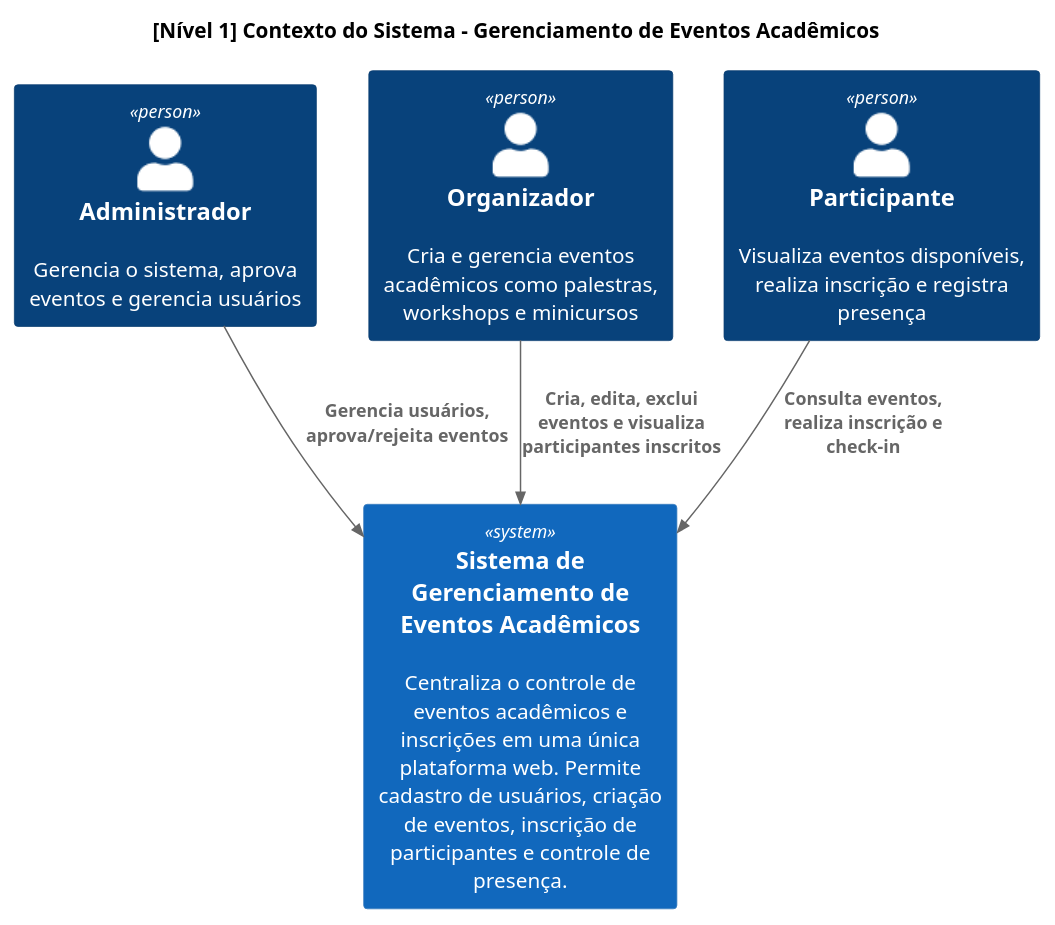
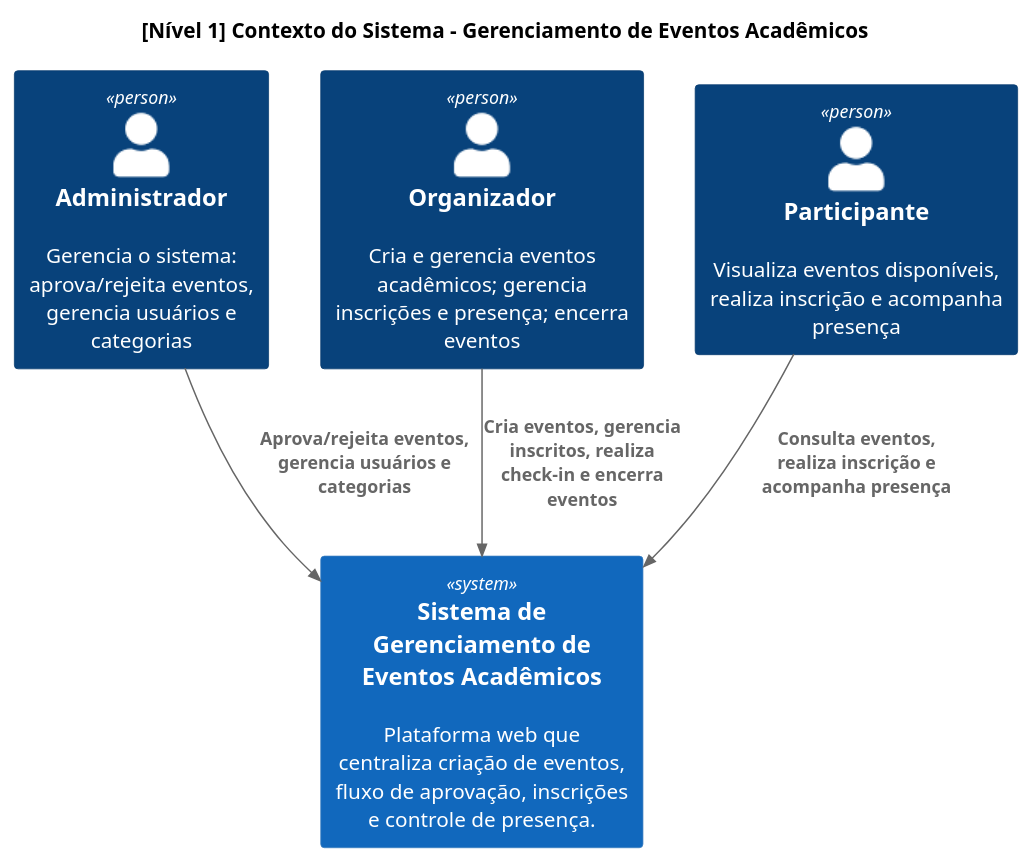
Before and after one commit to igorSeberino/event-manager-django-react: the first of 4 diagrams in docs/architecture/c4-model.puml, drawn with PlantUML. The commit also changed other lines of this file and 8 other files, not shown here.

```diff
--- a/docs/architecture/c4-model.puml
+++ b/docs/architecture/c4-model.puml
@@ -1,17 +1,17 @@
 @startuml C4_Context
 !include https://raw.githubusercontent.com/plantuml-stdlib/C4-PlantUML/master/C4_Context.puml
 
 LAYOUT_TOP_DOWN()
 
 title [Nível 1] Contexto do Sistema - Gerenciamento de Eventos Acadêmicos
 
-Person(admin, "Administrador", "Gerencia o sistema, aprova eventos e gerencia usuários")
-Person(organizer, "Organizador", "Cria e gerencia eventos acadêmicos como palestras, workshops e minicursos")
-Person(participant, "Participante", "Visualiza eventos disponíveis, realiza inscrição e registra presença")
+Person(admin, "Administrador", "Gerencia o sistema: aprova/rejeita eventos, gerencia usuários e categorias")
+Person(organizer, "Organizador", "Cria e gerencia eventos acadêmicos; gerencia inscrições e presença; encerra eventos")
+Person(participant, "Participante", "Visualiza eventos disponíveis, realiza inscrição e acompanha presença")
 
-System(eventSystem, "Sistema de Gerenciamento de Eventos Acadêmicos", "Centraliza o controle de eventos acadêmicos e inscrições em uma única plataforma web. Permite cadastro de usuários, criação de eventos, inscrição de participantes e controle de presença.")
+System(eventSystem, "Sistema de Gerenciamento de Eventos Acadêmicos", "Plataforma web que centraliza criação de eventos, fluxo de aprovação, inscrições e controle de presença.")
 
-Rel(admin, eventSystem, "Gerencia usuários, aprova/rejeita eventos")
-Rel(organizer, eventSystem, "Cria, edita, exclui eventos e visualiza participantes inscritos")
-Rel(participant, eventSystem, "Consulta eventos, realiza inscrição e check-in")
+Rel(admin, eventSystem, "Aprova/rejeita eventos, gerencia usuários e categorias")
+Rel(organizer, eventSystem, "Cria eventos, gerencia inscritos, realiza check-in e encerra eventos")
+Rel(participant, eventSystem, "Consulta eventos, realiza inscrição e acompanha presença")
 @enduml
```
